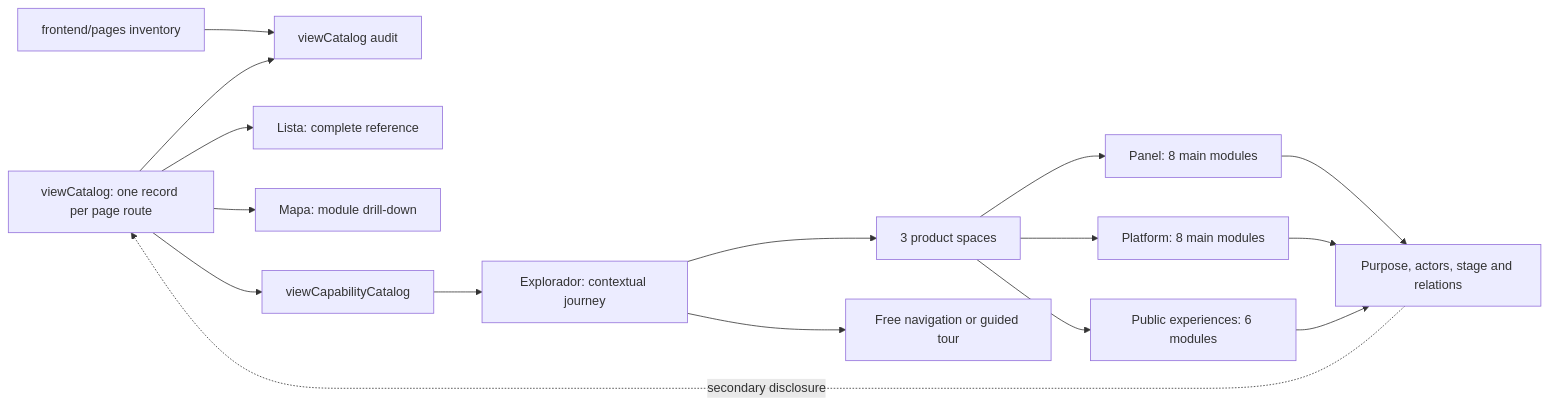
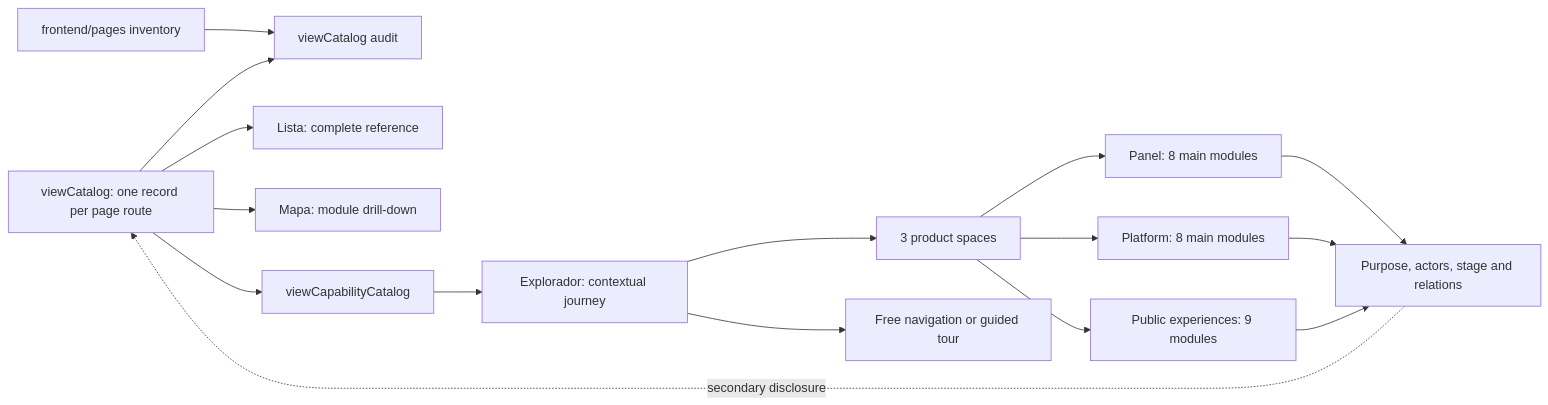
The ninth of 23 diagrams in docs/methodology/architecture.md (WeAreProjectApp/projectapp), drawn with Mermaid before and after one commit. The commit also changed other lines of this file and 165 other files, not shown here.

````diff
--- a/docs/methodology/architecture.md
+++ b/docs/methodology/architecture.md
@@ -1419,18 +1430,18 @@
 ```mermaid
 flowchart LR
     Pages["frontend/pages inventory"] --> Audit["viewCatalog audit"]
     Routes["viewCatalog: one record per page route"] --> Audit
     Routes --> List["Lista: complete reference"]
     Routes --> Map["Mapa: module drill-down"]
     Routes --> Capabilities["viewCapabilityCatalog"]
     Capabilities --> Explorer["Explorador: contextual journey"]
     Explorer --> Spaces["3 product spaces"]
     Spaces --> Panel["Panel: 8 main modules"]
     Spaces --> Platform["Platform: 8 main modules"]
-    Spaces --> Public["Public experiences: 6 modules"]
+    Spaces --> Public["Public experiences: 9 modules"]
     Panel --> Benefits["Purpose, actors, stage and relations"]
     Platform --> Benefits
     Public --> Benefits
     Explorer --> Tour["Free navigation or guided tour"]
     Benefits -. secondary disclosure .-> Routes
 ```
````
